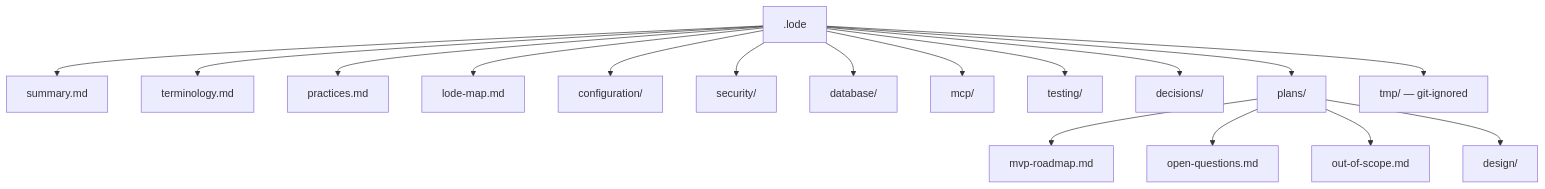
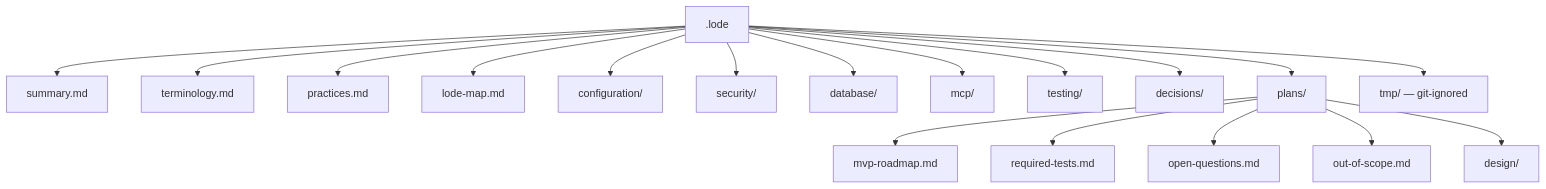
The diagram in .lode/lode-map.md (xakpc/sqlite-mcp-sidecar), drawn with Mermaid before and after one commit. The commit also changed other lines of this file and 3 other files, not shown here.

````diff
--- a/.lode/lode-map.md
+++ b/.lode/lode-map.md
@@ -8,19 +8,20 @@
 ```mermaid
 flowchart TD
     root[.lode] --> s[summary.md]
     root --> t[terminology.md]
     root --> p[practices.md]
     root --> m[lode-map.md]
     root --> cfg[configuration/]
     root --> sec[security/]
     root --> dbd[database/]
     root --> mcpd[mcp/]
     root --> tst[testing/]
     root --> dec[decisions/]
     root --> plans[plans/]
     root --> tmp[tmp/ — git-ignored]
     plans --> rm[mvp-roadmap.md]
+    plans --> rt[required-tests.md]
     plans --> oq[open-questions.md]
     plans --> oos[out-of-scope.md]
     plans --> d[design/]
 ```
````
